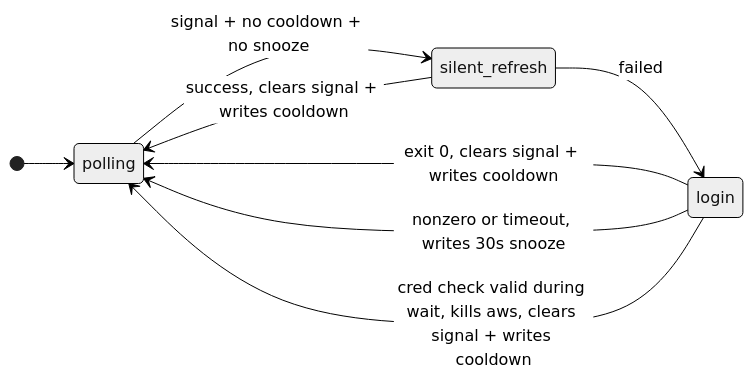
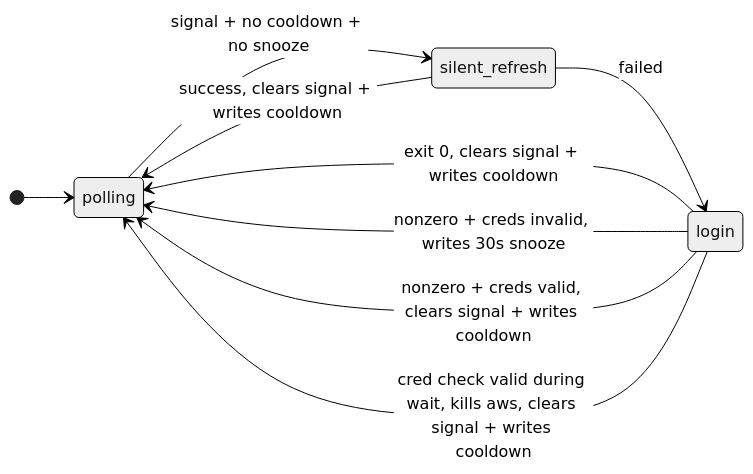
The third of 9 diagrams in docs/state-machine.md (rp-arielrodriguez/bazel-aws-maven-proxy), drawn with Mermaid (neutral theme) before and after one commit. The commit also changed other lines of this file and 1 other file, not shown here.

First line of the commit message:
docs: fix 14 mermaid diagram inaccuracies

````diff
--- a/docs/state-machine.md
+++ b/docs/state-machine.md
@@ -64,11 +79,12 @@
 ```mermaid
 stateDiagram-v2
     direction LR
     [*] --> polling
     polling --> silent_refresh : signal + no cooldown + no snooze
     silent_refresh --> polling : success, clears signal + writes cooldown
     silent_refresh --> login : failed
     login --> polling : exit 0, clears signal + writes cooldown
-    login --> polling : nonzero or timeout, writes 30s snooze
+    login --> polling : nonzero + creds invalid, writes 30s snooze
+    login --> polling : nonzero + creds valid, clears signal + writes cooldown
     login --> polling : cred check valid during wait, kills aws, clears signal + writes cooldown
 ```
````
